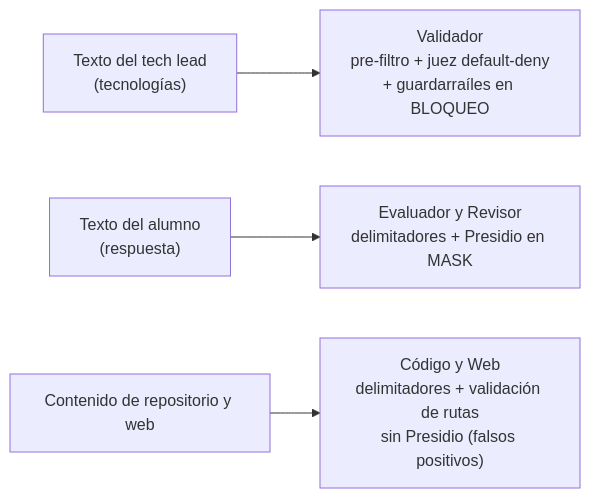
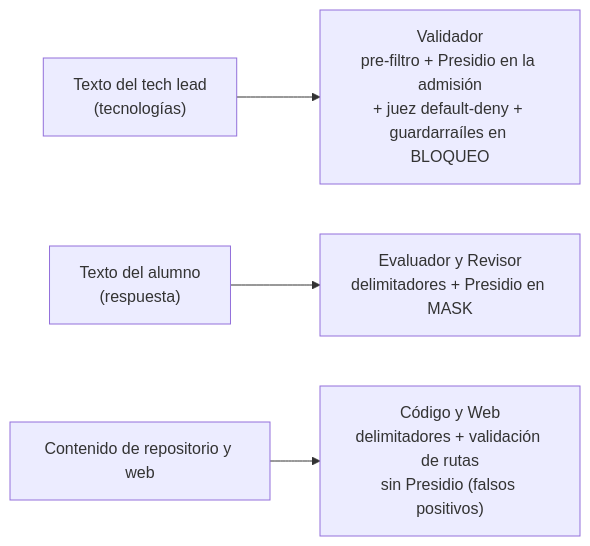
The tenth of 10 diagrams in capstone/juniortrainer-capstone.md (Mapeldorf/JuniorTrainer), drawn with Mermaid before and after one commit. The commit also changed other lines of this file, not shown here.

````diff
--- a/capstone/juniortrainer-capstone.md
+++ b/capstone/juniortrainer-capstone.md
@@ -2341,6 +2341,6 @@
 ```mermaid
 flowchart LR
-    E1["Texto del tech lead<br/>(tecnologías)"] --> V["Validador<br/>pre-filtro + juez default-deny<br/>+ guardarraíles en BLOQUEO"]
+    E1["Texto del tech lead<br/>(tecnologías)"] --> V["Validador<br/>pre-filtro + Presidio en la admisión<br/>+ juez default-deny + guardarraíles en BLOQUEO"]
     E2["Texto del alumno<br/>(respuesta)"] --> EV["Evaluador y Revisor<br/>delimitadores + Presidio en MASK"]
     E3["Contenido de repositorio y web"] --> AG["Código y Web<br/>delimitadores + validación de rutas<br/>sin Presidio (falsos positivos)"]
 ```
````
